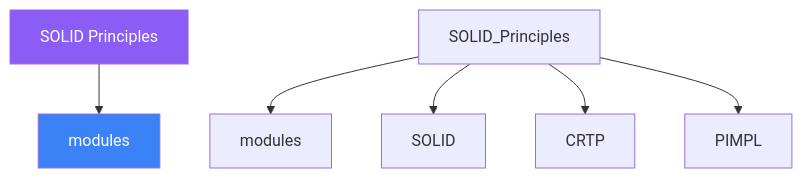
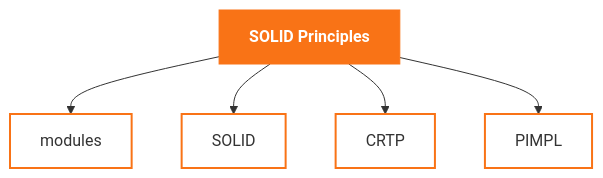
Before and after one commit to AI-Maddy/Learn-Modern-CPP-OOP-30-Days: the diagram in mkdocs-site/docs/days/day-18/02-definition.md, drawn with Mermaid. The commit also changed 99 other files, not shown here.

````diff
--- a/mkdocs-site/docs/days/day-18/02-definition.md
+++ b/mkdocs-site/docs/days/day-18/02-definition.md
@@ -154,10 +154,12 @@
 ```mermaid
 graph TD
-    ROOT["SOLID Principles"] --> A["modules"]
-    SOLID_Principles --> modules["modules"]
-    SOLID_Principles --> SOLID["SOLID"]
-    SOLID_Principles --> CRTP["CRTP"]
-    SOLID_Principles --> PIMPL["PIMPL"]
-    style ROOT fill:#8b5cf6,color:#fff
-    style A    fill:#3b82f6,color:#fff
+    ROOT["SOLID Principles"]
+    ROOT --> n0["modules"]
+    ROOT --> n1["SOLID"]
+    ROOT --> n2["CRTP"]
+    ROOT --> n3["PIMPL"]
+    classDef topic fill:#f97316,stroke:#f97316,color:#ffffff,font-weight:bold
+    classDef concept fill:transparent,stroke:#f97316,stroke-width:2px
+    class ROOT topic
+    class n0,n1,n2,n3 concept
 ```
````
